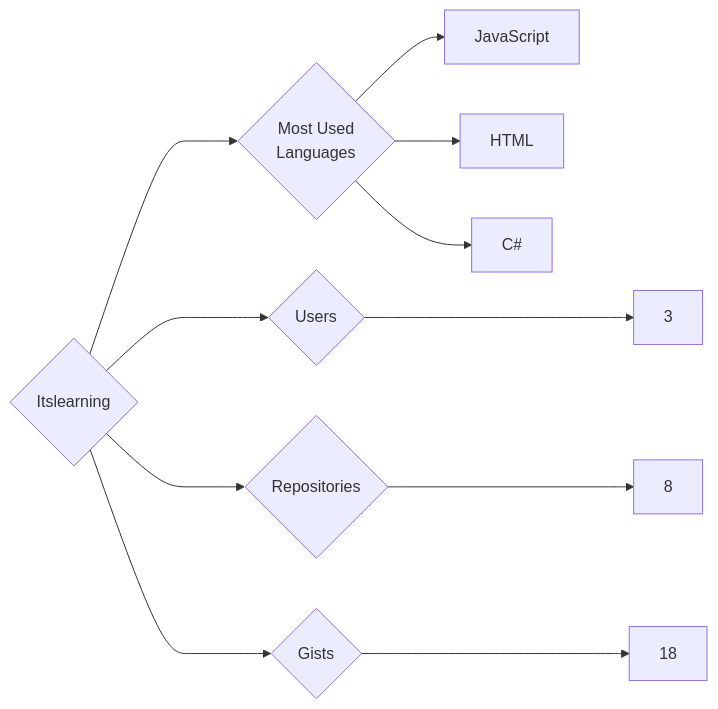
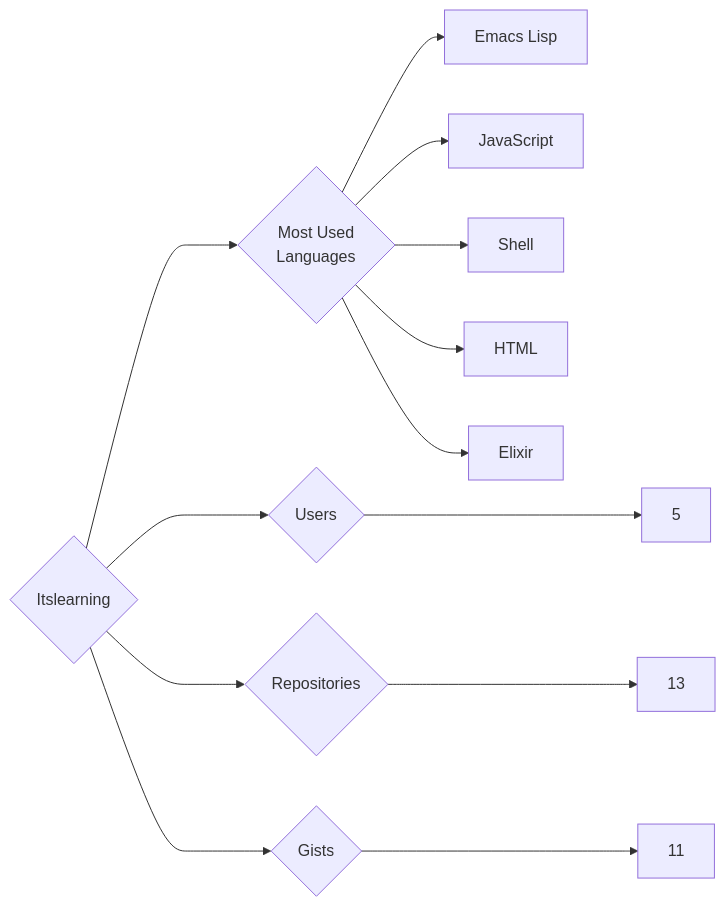
One commit to trickest/insiders changed the diagram in targets/Itslearning/README.md. Above: the diagram before and after it, drawn with Mermaid. The commit also changed 924 other files, not shown here.

````diff
--- a/targets/Itslearning/README.md
+++ b/targets/Itslearning/README.md
@@ -3,11 +3,13 @@
 ```mermaid
 graph LR
 COMPANY_NAME{Itslearning}
-COMPANY_NAME ---> U{Users} ---> UN[3]
-COMPANY_NAME ---> R{Repositories} ---> RN[8]
-COMPANY_NAME ---> G{Gists} ---> GN[18]
+COMPANY_NAME ---> U{Users} ---> UN[5]
+COMPANY_NAME ---> R{Repositories} ---> RN[13]
+COMPANY_NAME ---> G{Gists} ---> GN[11]
 COMPANY_NAME ---> ML{Most Used<br>Languages}
+ML --> Emacs_Lisp[Emacs Lisp]
 ML --> JavaScript[JavaScript]
+ML --> Shell[Shell]
 ML --> HTML[HTML]
-ML --> C#[C#]
+ML --> Elixir[Elixir]
 ```
````
